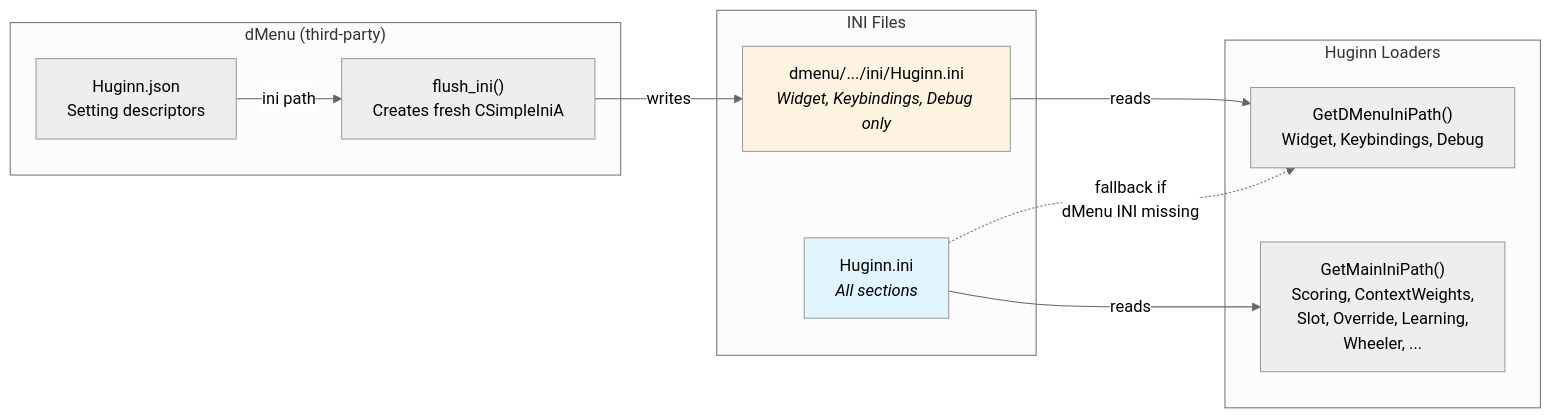
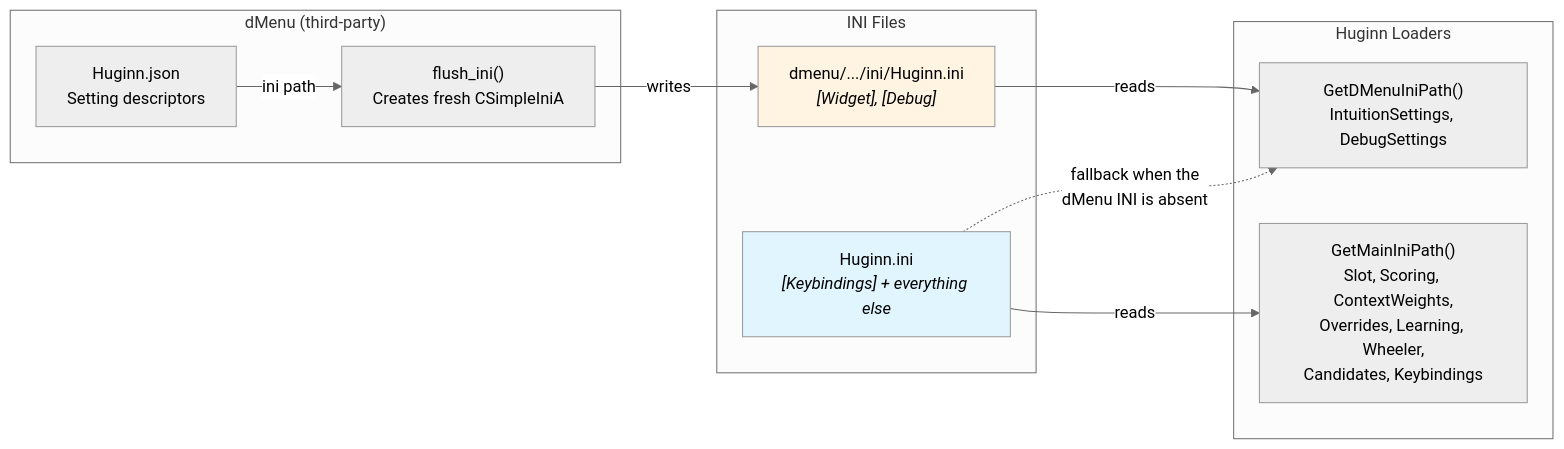
One commit to LandingCrew/huginn changed the first of 2 diagrams in docs/architecture/7-dmenu-integration.md. Above: the diagram before and after it, drawn with Mermaid (neutral theme). The commit also changed other lines of this file and 27 other files, not shown here.

````diff
--- a/docs/architecture/7-dmenu-integration.md
+++ b/docs/architecture/7-dmenu-integration.md
@@ -26,26 +56,26 @@
 ```mermaid
 graph LR
     subgraph dMenu ["dMenu (third-party)"]
         JSON["Huginn.json<br/>Setting descriptors"]
         FLUSH["flush_ini()<br/>Creates fresh CSimpleIniA"]
     end
 
     subgraph INI ["INI Files"]
-        DMENU_INI["dmenu/.../ini/Huginn.ini<br/><i>Widget, Keybindings, Debug only</i>"]
-        MAIN_INI["Huginn.ini<br/><i>All sections</i>"]
+        DMENU_INI["dmenu/.../ini/Huginn.ini<br/><i>[Widget], [Debug]</i>"]
+        MAIN_INI["Huginn.ini<br/><i>[Keybindings] + everything else</i>"]
     end
 
     subgraph Huginn ["Huginn Loaders"]
-        DM["GetDMenuIniPath()<br/>Widget, Keybindings, Debug"]
-        MM["GetMainIniPath()<br/>Scoring, ContextWeights,<br/>Slot, Override, Learning,<br/>Wheeler, ..."]
+        DM["GetDMenuIniPath()<br/>IntuitionSettings, DebugSettings"]
+        MM["GetMainIniPath()<br/>Slot, Scoring, ContextWeights,<br/>Overrides, Learning, Wheeler,<br/>Candidates, Keybindings"]
     end
 
-    JSON -->|"ini" path| FLUSH
+    JSON -->|"ini path"| FLUSH
     FLUSH -->|writes| DMENU_INI
     DMENU_INI -->|reads| DM
     MAIN_INI -->|reads| MM
-    MAIN_INI -.->|fallback if<br/>dMenu INI missing| DM
+    MAIN_INI -.->|fallback when the<br/>dMenu INI is absent| DM
 
     style DMENU_INI fill:#fff4e1
     style MAIN_INI fill:#e1f5ff
 ```
````
